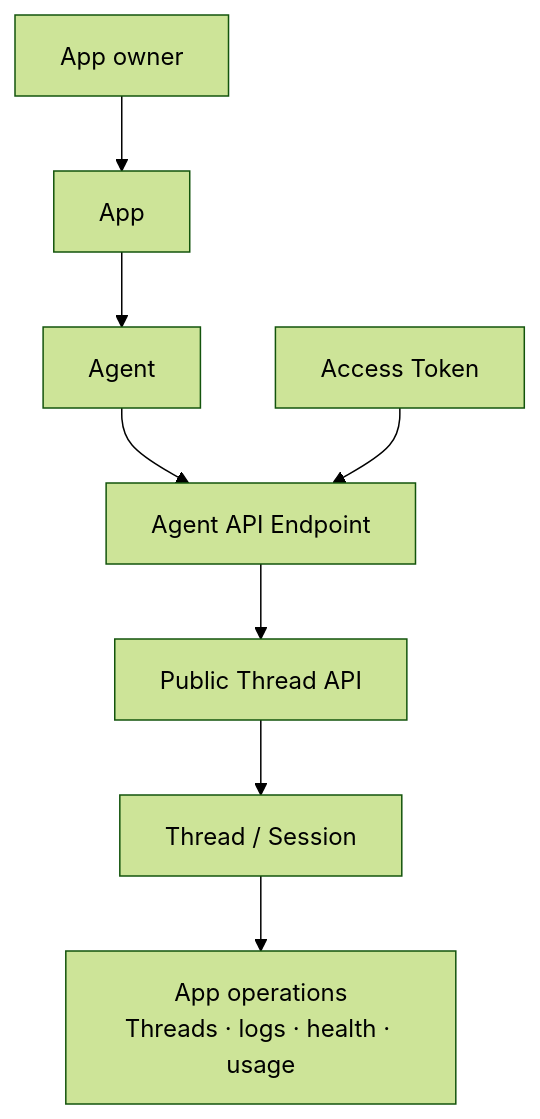
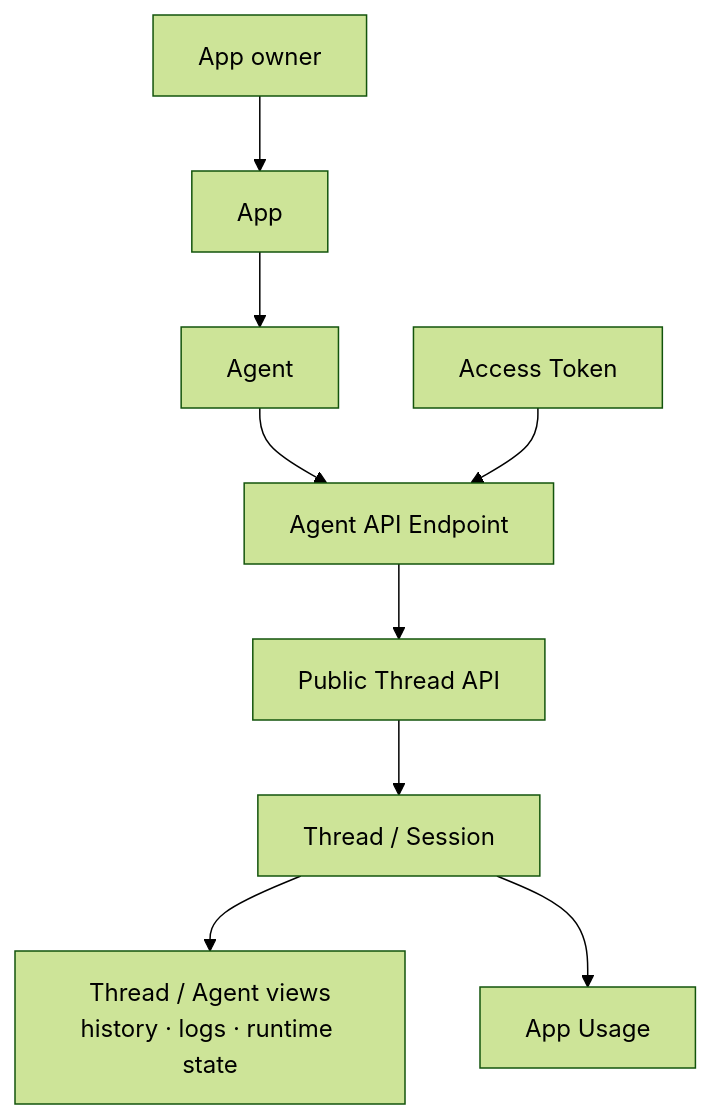
One commit to langgenius/mosoo changed the diagram in docs/prd/public-thread-api-surface.md. Above: the diagram before and after it, drawn with Mermaid (forest theme). The commit also changed other lines of this file and 66 other files, not shown here.

````diff
--- a/docs/prd/public-thread-api-surface.md
+++ b/docs/prd/public-thread-api-surface.md
@@ -102,19 +107,21 @@
 ```mermaid
 flowchart TD
   AppOwner["App owner"]
   App["App"]
   Agent["Agent"]
   Endpoint["Agent API Endpoint"]
   Token["Access Token"]
   ThreadApi["Public Thread API"]
   Thread["Thread / Session"]
-  Operations["App operations<br/>Threads · logs · health · usage"]
+  AgentViews["Thread / Agent views<br/>history · logs · runtime state"]
+  AppUsage["App Usage"]
 
   AppOwner --> App
   App --> Agent
   Agent --> Endpoint
   Token --> Endpoint
   Endpoint --> ThreadApi
   ThreadApi --> Thread
-  Thread --> Operations
+  Thread --> AgentViews
+  Thread --> AppUsage
 ```
````
